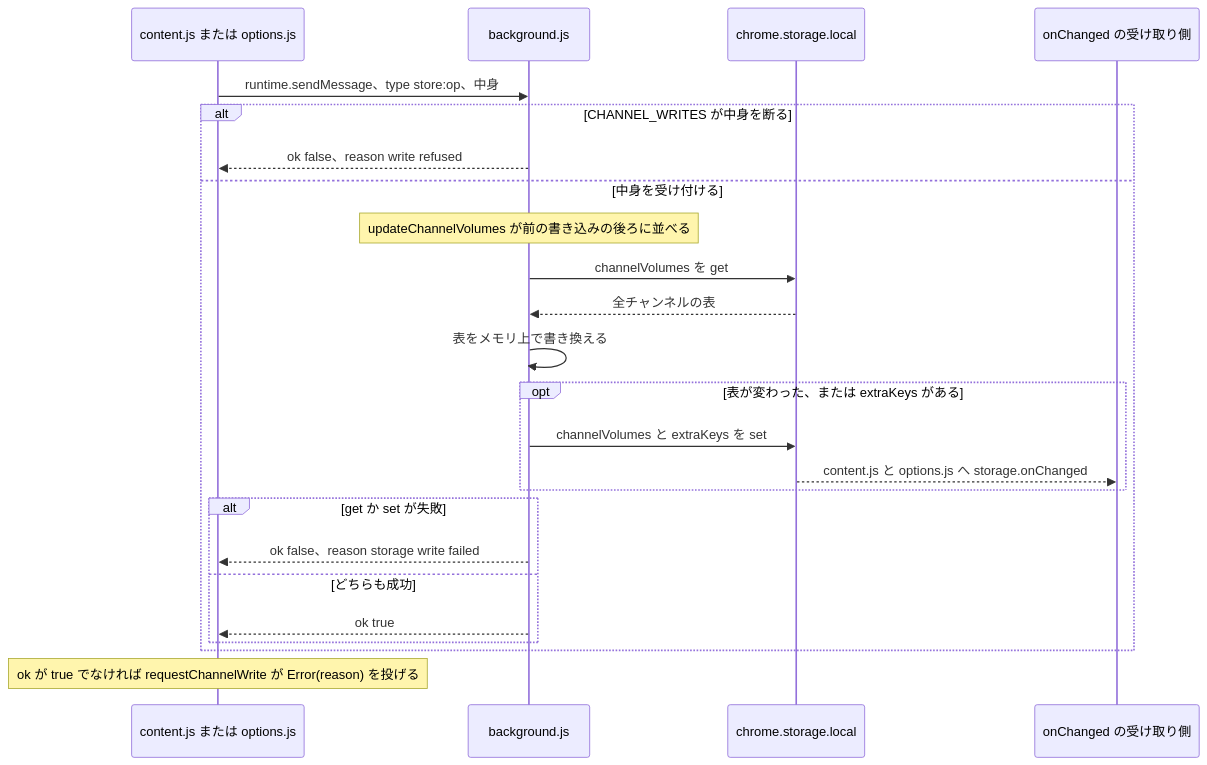
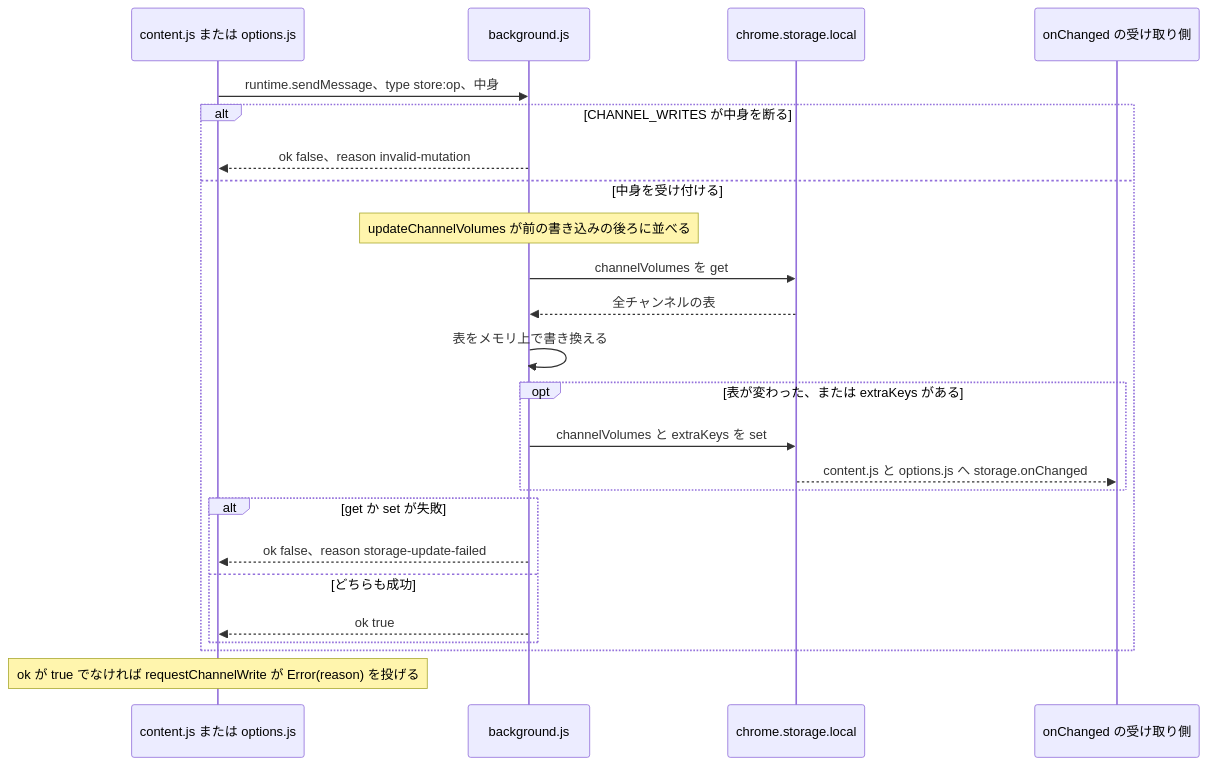
One commit to semnil/yt-channel-volume changed the first of 14 diagrams in docs/gain-change-and-save.ja.md. Above: the diagram before and after it, drawn with Mermaid. The commit also changed other lines of this file and 8 other files, not shown here.

````diff
--- a/docs/gain-change-and-save.ja.md
+++ b/docs/gain-change-and-save.ja.md
@@ -68,26 +68,26 @@
 ```mermaid
 sequenceDiagram
   participant X as content.js または options.js
   participant W as background.js
   participant S as chrome.storage.local
   participant L as onChanged の受け取り側
   X->>W: runtime.sendMessage、type store:op、中身
   alt CHANNEL_WRITES が中身を断る
-    W-->>X: ok false、reason write refused
+    W-->>X: ok false、reason invalid-mutation
   else 中身を受け付ける
     Note over W: updateChannelVolumes が前の書き込みの後ろに並べる
     W->>S: channelVolumes を get
     S-->>W: 全チャンネルの表
     W->>W: 表をメモリ上で書き換える
     opt 表が変わった、または extraKeys がある
       W->>S: channelVolumes と extraKeys を set
       S-->>L: content.js と options.js へ storage.onChanged
     end
     alt get か set が失敗
-      W-->>X: ok false、reason storage write failed
+      W-->>X: ok false、reason storage-update-failed
     else どちらも成功
       W-->>X: ok true
     end
   end
   Note over X: ok が true でなければ requestChannelWrite が Error(reason) を投げる
 ```
````
